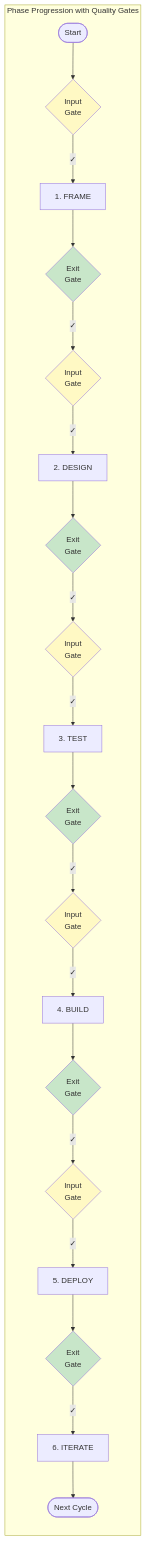
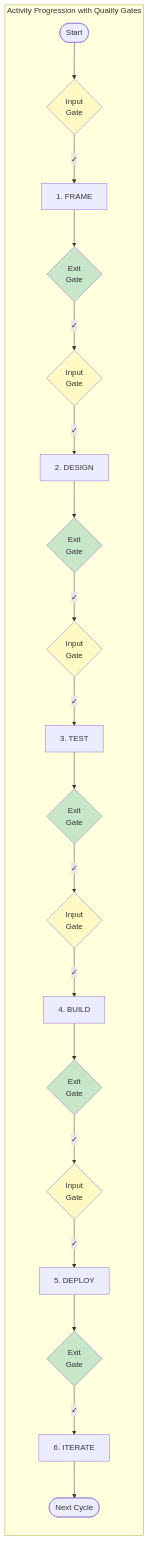
One commit to easel/helix changed the second of 5 diagrams in workflows/diagrams/workflow-overview.md. Above: the diagram before and after it, drawn with Mermaid. The commit also changed other lines of this file and 88 other files, not shown here.

First line of the commit message:
workflows: rename phase → activity in methodology prose

````diff
--- a/workflows/diagrams/workflow-overview.md
+++ b/workflows/diagrams/workflow-overview.md
@@ -33,33 +33,33 @@
 ```mermaid
 graph LR
-    subgraph "Phase Progression with Quality Gates"
+    subgraph "Activity Progression with Quality Gates"
         Start([Start]) --> IG1{Input<br/>Gate}
         IG1 -->|✓| Frame[1. FRAME]
         Frame --> EG1{Exit<br/>Gate}
         EG1 -->|✓| IG2{Input<br/>Gate}
         IG2 -->|✓| Design[2. DESIGN]
         Design --> EG2{Exit<br/>Gate}
         EG2 -->|✓| IG3{Input<br/>Gate}
         IG3 -->|✓| Test[3. TEST]
         Test --> EG3{Exit<br/>Gate}
         EG3 -->|✓| IG4{Input<br/>Gate}
         IG4 -->|✓| Build[4. BUILD]
         Build --> EG4{Exit<br/>Gate}
         EG4 -->|✓| IG5{Input<br/>Gate}
         IG5 -->|✓| Deploy[5. DEPLOY]
         Deploy --> EG5{Exit<br/>Gate}
         EG5 -->|✓| Iterate[6. ITERATE]
         Iterate --> Next([Next Cycle])
     end
 
     style IG1 fill:#fff9c4
     style IG2 fill:#fff9c4
     style IG3 fill:#fff9c4
     style IG4 fill:#fff9c4
     style IG5 fill:#fff9c4
     style EG1 fill:#c8e6c9
     style EG2 fill:#c8e6c9
     style EG3 fill:#c8e6c9
     style EG4 fill:#c8e6c9
     style EG5 fill:#c8e6c9
 ```
````
